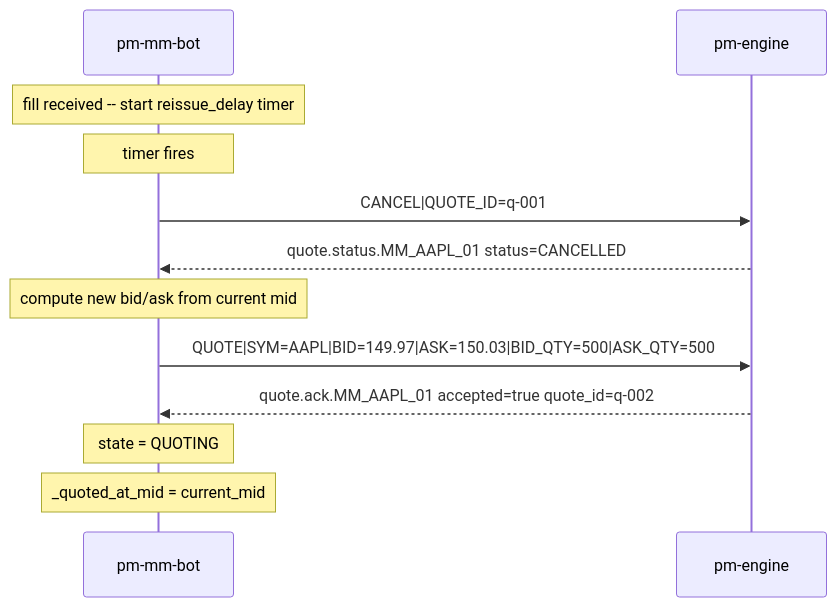
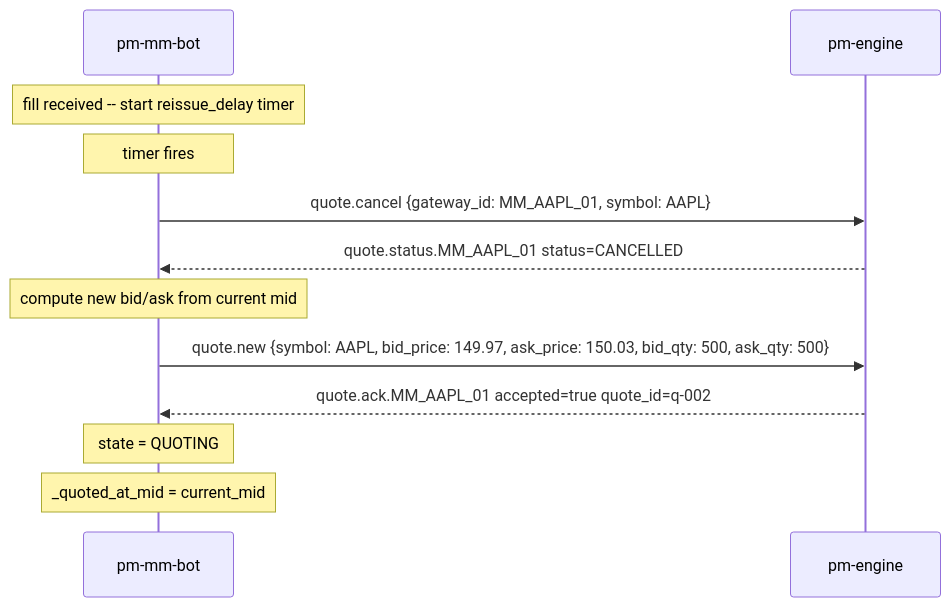
The fourth of 6 diagrams in docs-design/EduMatcher-MM-bots.md (johan162/EduMatcher), drawn with Mermaid before and after one commit. The commit also changed other lines of this file and 2 other files, not shown here.

````diff
--- a/docs-design/EduMatcher-MM-bots.md
+++ b/docs-design/EduMatcher-MM-bots.md
@@ -441,15 +449,15 @@
 ```mermaid
 sequenceDiagram
     participant B as pm-mm-bot
     participant E as pm-engine
 
     Note over B: fill received -- start reissue_delay timer
     Note over B: timer fires
-    B->>E: CANCEL|QUOTE_ID=q-001
+    B->>E: quote.cancel {gateway_id: MM_AAPL_01, symbol: AAPL}
     E-->>B: quote.status.MM_AAPL_01 status=CANCELLED
     Note over B: compute new bid/ask from current mid
-    B->>E: QUOTE|SYM=AAPL|BID=149.97|ASK=150.03|BID_QTY=500|ASK_QTY=500
+    B->>E: quote.new {symbol: AAPL, bid_price: 149.97, ask_price: 150.03, bid_qty: 500, ask_qty: 500}
     E-->>B: quote.ack.MM_AAPL_01 accepted=true quote_id=q-002
     Note over B: state = QUOTING
     Note over B: _quoted_at_mid = current_mid
 ```
````
